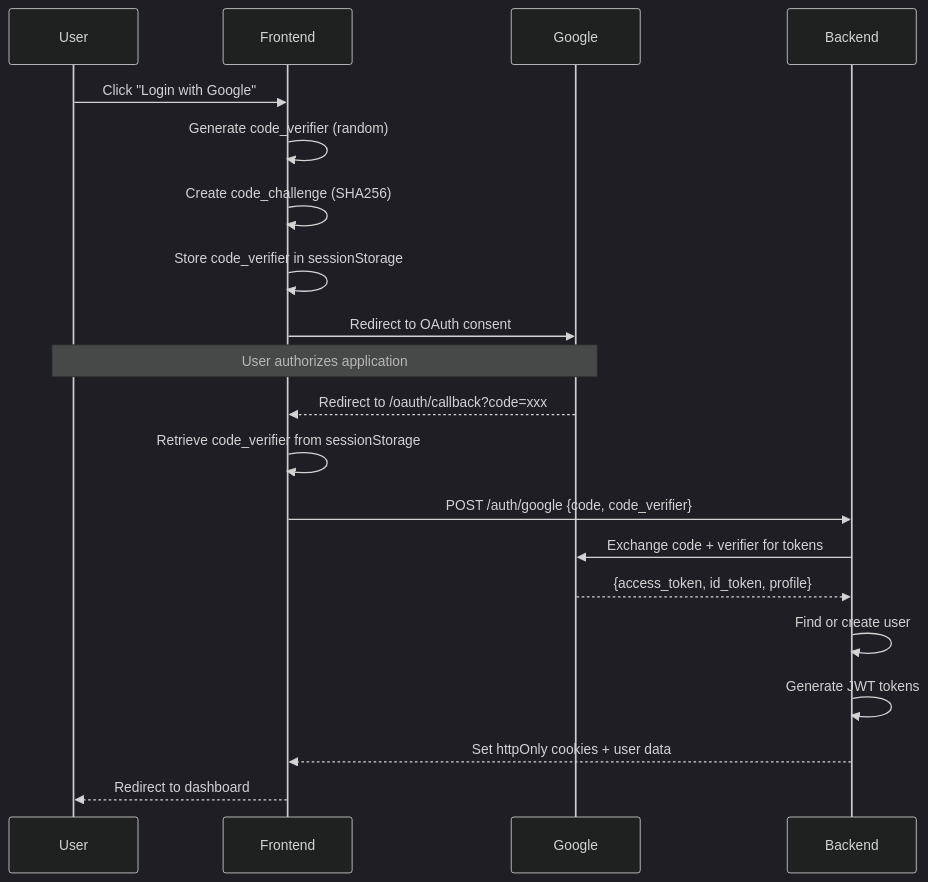
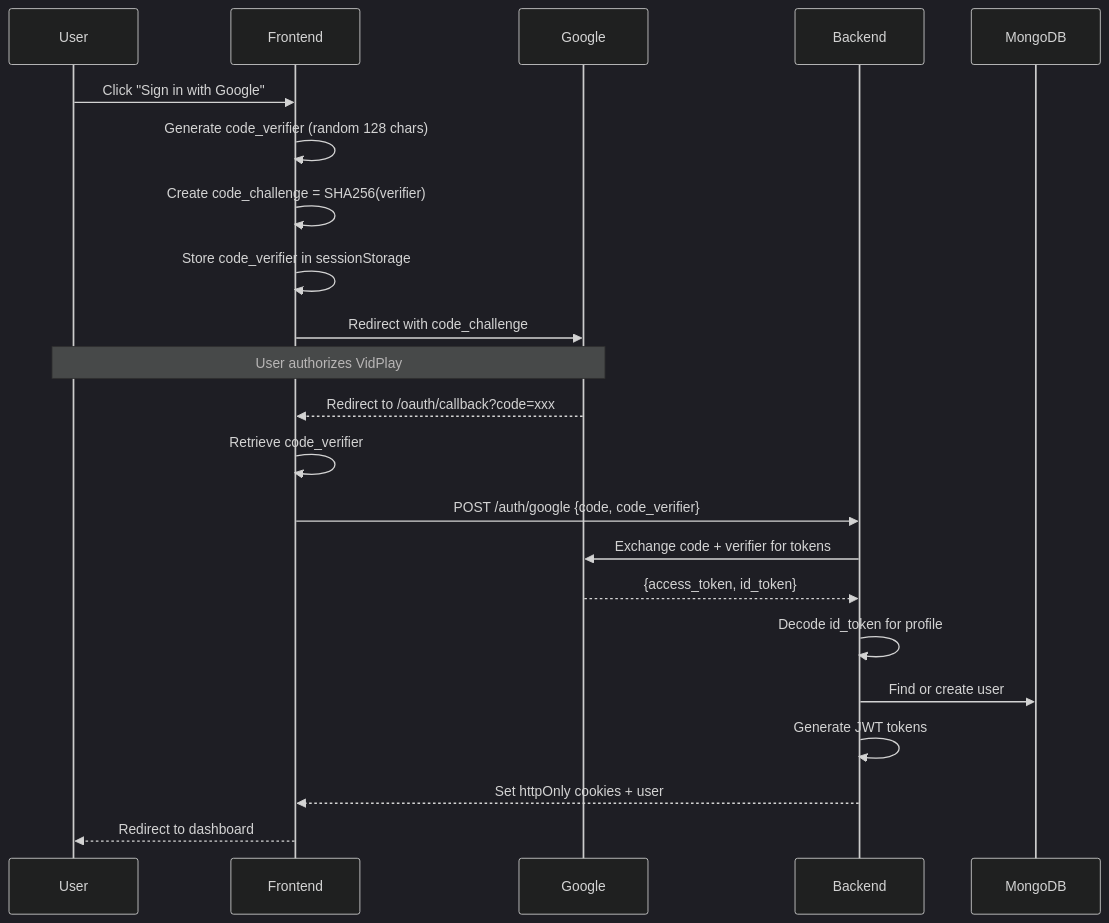
One commit to Makwana-Nikunj/b changed the fifth of 8 diagrams in README.md. Above: the diagram before and after it, drawn with Mermaid (dark theme). The commit also changed other lines of this file, not shown here.

Commit message:
docs: Overhaul README.md to provide comprehensive project setup, architecture, and core user workflow documentation.

````diff
--- a/README.md
+++ b/README.md
@@ -77,25 +279,27 @@
 ```mermaid
 sequenceDiagram
     participant User
     participant Frontend
     participant Google
     participant Backend
+    participant MongoDB
 
-    User->>Frontend: Click "Login with Google"
-    Frontend->>Frontend: Generate code_verifier (random)
-    Frontend->>Frontend: Create code_challenge (SHA256)
+    User->>Frontend: Click "Sign in with Google"
+    Frontend->>Frontend: Generate code_verifier (random 128 chars)
+    Frontend->>Frontend: Create code_challenge = SHA256(verifier)
     Frontend->>Frontend: Store code_verifier in sessionStorage
-    Frontend->>Google: Redirect to OAuth consent
+    Frontend->>Google: Redirect with code_challenge
     
-    Note over User,Google: User authorizes application
-    
+    Note over User,Google: User authorizes VidPlay
+
     Google-->>Frontend: Redirect to /oauth/callback?code=xxx
-    Frontend->>Frontend: Retrieve code_verifier from sessionStorage
+    Frontend->>Frontend: Retrieve code_verifier
     Frontend->>Backend: POST /auth/google {code, code_verifier}
     Backend->>Google: Exchange code + verifier for tokens
-    Google-->>Backend: {access_token, id_token, profile}
-    Backend->>Backend: Find or create user
+    Google-->>Backend: {access_token, id_token}
+    Backend->>Backend: Decode id_token for profile
+    Backend->>MongoDB: Find or create user
     Backend->>Backend: Generate JWT tokens
-    Backend-->>Frontend: Set httpOnly cookies + user data
+    Backend-->>Frontend: Set httpOnly cookies + user
     Frontend-->>User: Redirect to dashboard
 ```
````
